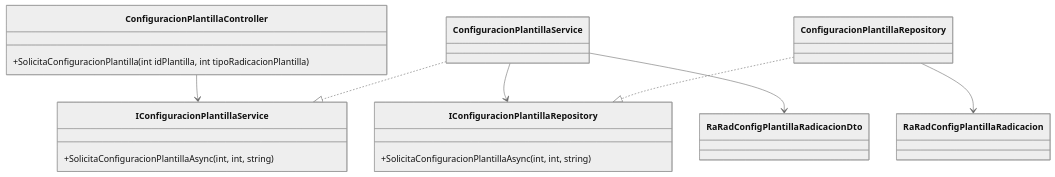
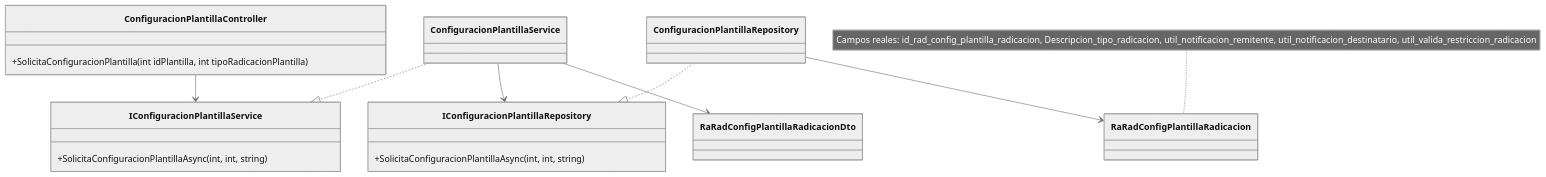
Before and after one commit to miguelurueta/DocuArchiCore: the second of 4 diagrams in Docs/Radicacion/Configuracion/SCRUM-57-Diagramas.md, drawn with Mermaid (neutral theme). The commit also changed 8 other files, not shown here.

````diff
--- a/Docs/Radicacion/Configuracion/SCRUM-57-Diagramas.md
+++ b/Docs/Radicacion/Configuracion/SCRUM-57-Diagramas.md
@@ -14,23 +14,24 @@
 ```mermaid
 classDiagram
     class ConfiguracionPlantillaController {
       +SolicitaConfiguracionPlantilla(int idPlantilla, int tipoRadicacionPlantilla)
     }
     class IConfiguracionPlantillaService {
       +SolicitaConfiguracionPlantillaAsync(int, int, string)
     }
     class ConfiguracionPlantillaService
     class IConfiguracionPlantillaRepository {
       +SolicitaConfiguracionPlantillaAsync(int, int, string)
     }
     class ConfiguracionPlantillaRepository
     class RaRadConfigPlantillaRadicacion
     class RaRadConfigPlantillaRadicacionDto
+    note for RaRadConfigPlantillaRadicacion "Campos reales: id_rad_config_plantilla_radicacion, Descripcion_tipo_radicacion, util_notificacion_remitente, util_notificacion_destinatario, util_valida_restriccion_radicacion"
 
     ConfiguracionPlantillaController --> IConfiguracionPlantillaService
     ConfiguracionPlantillaService ..|> IConfiguracionPlantillaService
     ConfiguracionPlantillaService --> IConfiguracionPlantillaRepository
     ConfiguracionPlantillaRepository ..|> IConfiguracionPlantillaRepository
     ConfiguracionPlantillaRepository --> RaRadConfigPlantillaRadicacion
     ConfiguracionPlantillaService --> RaRadConfigPlantillaRadicacionDto
 ```
````
